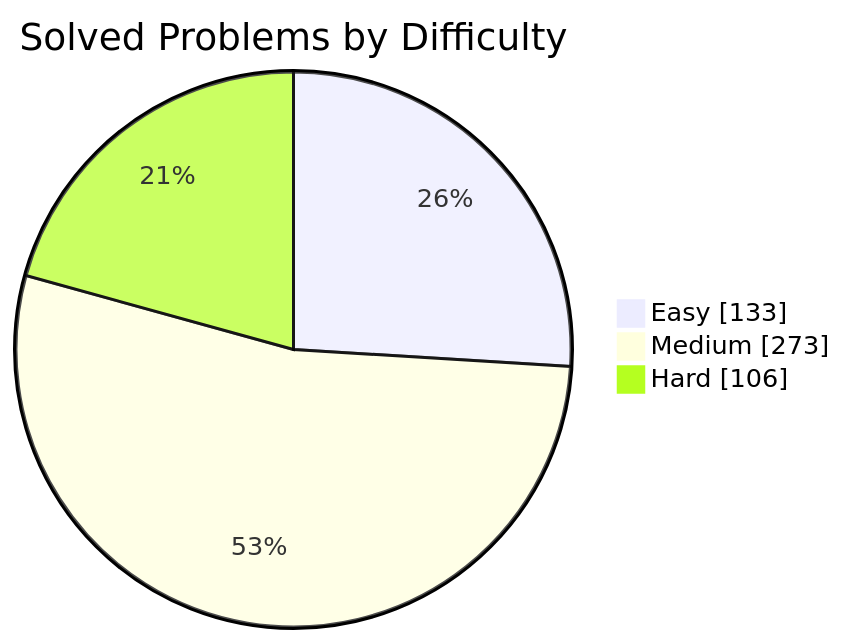
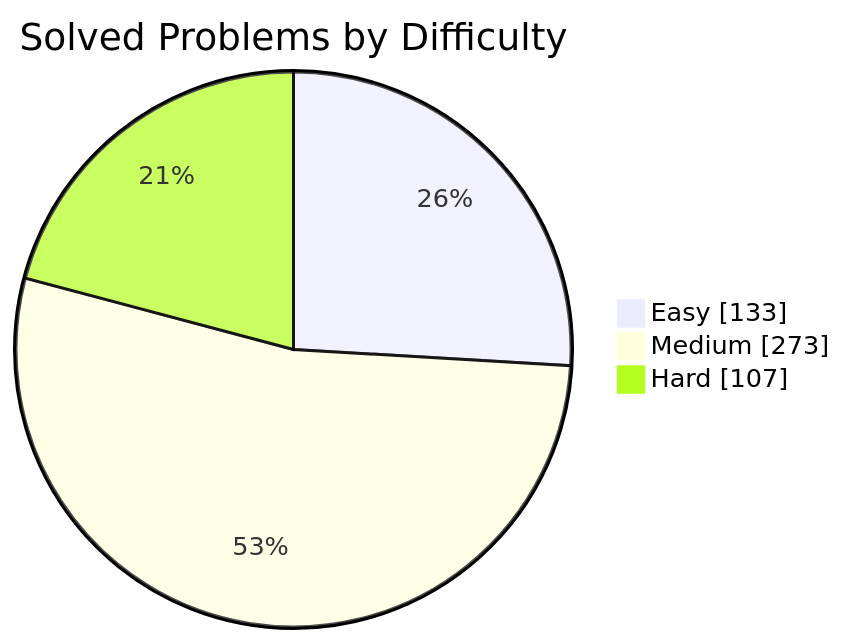
One commit to manikantbindass/DSA-Preparation-FAANG changed the first of 2 diagrams in README.md. Above: the diagram before and after it, drawn with Mermaid. The commit also changed other lines of this file and 1 other file, not shown here.

````diff
--- a/README.md
+++ b/README.md
@@ -79,7 +79,7 @@
 ```mermaid
 pie showData
     title Solved Problems by Difficulty
     "Easy" : 133
     "Medium" : 273
-    "Hard" : 106
+    "Hard" : 107
 ```
````
